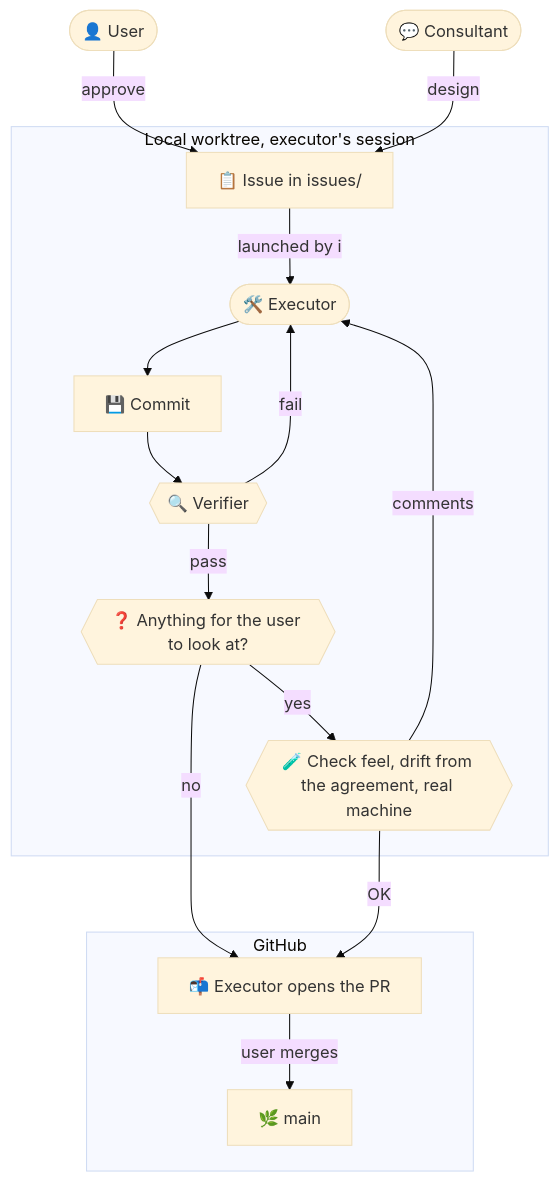
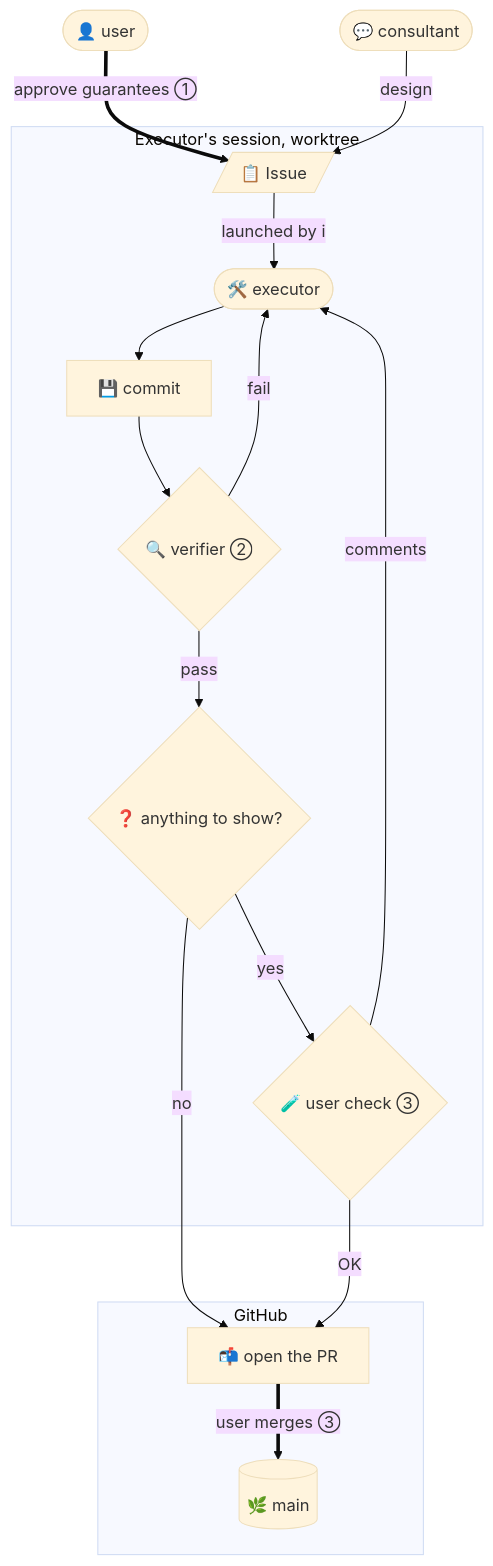
One commit to yktsnet/dotfiles-public changed the diagram in README.en.md. Above: the diagram before and after it, drawn with Mermaid (base theme). The commit also changed other lines of this file and 1 other file, not shown here.

````diff
--- a/README.en.md
+++ b/README.en.md
@@ -63,19 +33,19 @@
 ```mermaid
 flowchart TD
-    U([👤 User]) -->|approve| I[📋 Issue in issues/]
-    C([💬 Consultant]) -->|design| I
-    subgraph local [Local worktree, executor's session]
-        I -->|launched by i| E([🛠️ Executor])
-        E --> L[💾 Commit]
-        L --> J{{🔍 Verifier}}
+    U([👤 user]) ==>|approve guarantees ①| I[/📋 Issue/]
+    C([💬 consultant]) -->|design| I
+    subgraph local [Executor's session, worktree]
+        I -->|launched by i| E([🛠️ executor])
+        E --> L[💾 commit]
+        L --> J{🔍 verifier ②}
         J -->|fail| E
-        J -->|pass| V{{❓ Anything for the user to look at?}}
-        V -->|yes| H{{🧪 Check feel, drift from the agreement, real machine}}
+        J -->|pass| V{❓ anything to show?}
+        V -->|yes| H{🧪 user check ③}
         H -->|comments| E
     end
     V -->|no| P
     H -->|OK| P
     subgraph remote [GitHub]
-        P[📬 Executor opens the PR] -->|user merges| M[🌿 main]
+        P[📬 open the PR] ==>|user merges ③| M[(🌿 main)]
     end
 ```
````
